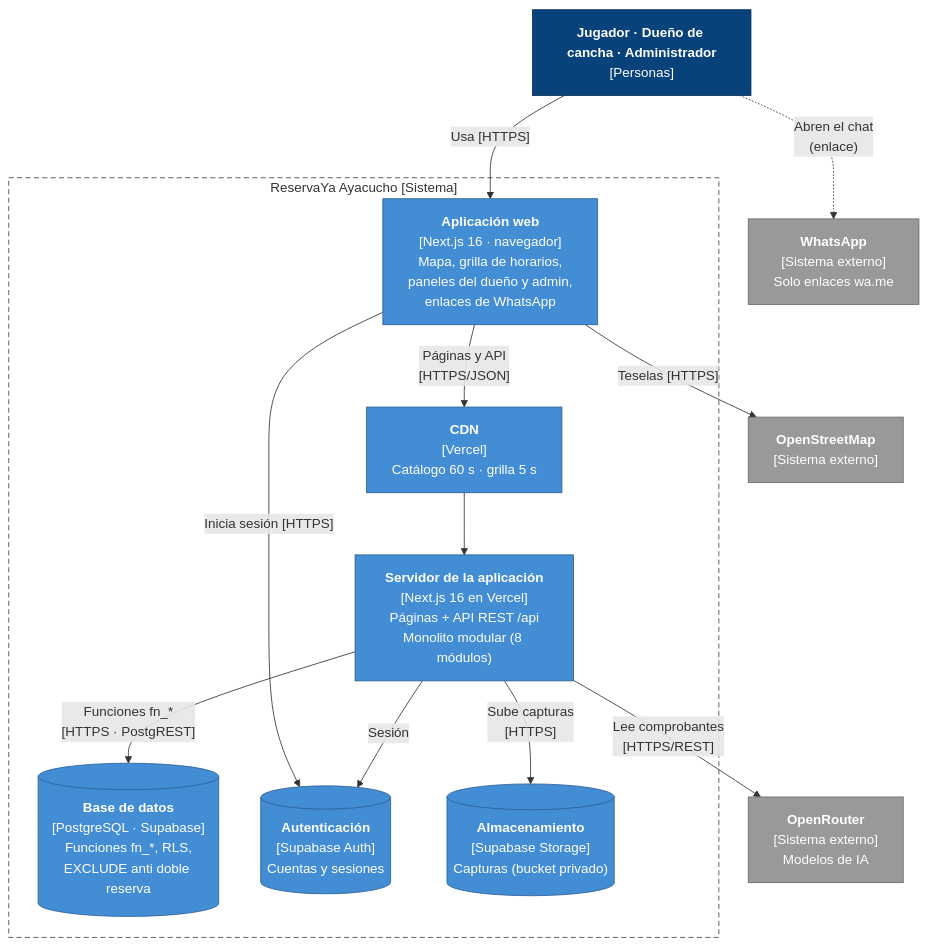
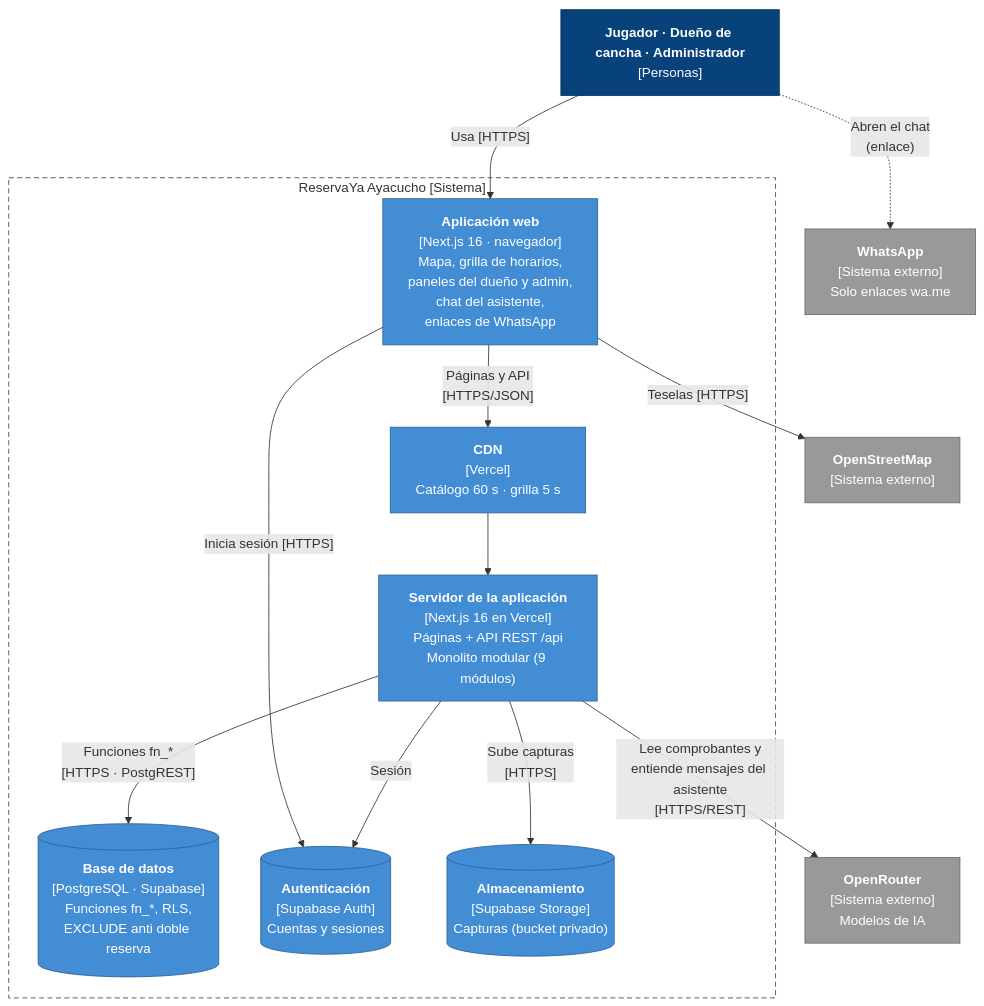
One commit to edhtsprado27-bit/ReservaYa-Ayacucho changed the diagram in img/fuentes-svg/nivel2-contenedores.mmd. Above: the diagram before and after it, drawn with Mermaid. The commit also changed 33 other files, not shown here.

Commit message:
docs: spec 013, ADR-015 y documentos y diagramas actualizados con el asistente

```diff
--- a/img/fuentes-svg/nivel2-contenedores.mmd
+++ b/img/fuentes-svg/nivel2-contenedores.mmd
@@ -1,34 +1,34 @@
 flowchart TB
     usuarios["<b>Jugador · Dueño de cancha · Administrador</b><br/>[Personas]"]
 
     subgraph limite["ReservaYa Ayacucho [Sistema]"]
-        web["<b>Aplicación web</b><br/>[Next.js 16 · navegador]<br/>Mapa, grilla de horarios,<br/>paneles del dueño y admin,<br/>enlaces de WhatsApp"]
-        srv["<b>Servidor de la aplicación</b><br/>[Next.js 16 en Vercel]<br/>Páginas + API REST /api<br/>Monolito modular (8 módulos)"]
+        web["<b>Aplicación web</b><br/>[Next.js 16 · navegador]<br/>Mapa, grilla de horarios,<br/>paneles del dueño y admin,<br/>chat del asistente,<br/>enlaces de WhatsApp"]
+        srv["<b>Servidor de la aplicación</b><br/>[Next.js 16 en Vercel]<br/>Páginas + API REST /api<br/>Monolito modular (9 módulos)"]
         cdn["<b>CDN</b><br/>[Vercel]<br/>Catálogo 60 s · grilla 5 s"]
         bd[("<b>Base de datos</b><br/>[PostgreSQL · Supabase]<br/>Funciones fn_*, RLS,<br/>EXCLUDE anti doble reserva")]
         auth[("<b>Autenticación</b><br/>[Supabase Auth]<br/>Cuentas y sesiones")]
         storage[("<b>Almacenamiento</b><br/>[Supabase Storage]<br/>Capturas (bucket privado)")]
     end
 
     openrouter["<b>OpenRouter</b><br/>[Sistema externo]<br/>Modelos de IA"]
     osm["<b>OpenStreetMap</b><br/>[Sistema externo]"]
     whatsapp["<b>WhatsApp</b><br/>[Sistema externo]<br/>Solo enlaces wa.me"]
 
     usuarios -- "Usa [HTTPS]" --> web
     web -- "Páginas y API<br/>[HTTPS/JSON]" --> cdn
     cdn --> srv
     web -- "Inicia sesión [HTTPS]" --> auth
     web -- "Teselas [HTTPS]" --> osm
     srv -- "Funciones fn_*<br/>[HTTPS · PostgREST]" --> bd
     srv -- "Sesión" --> auth
     srv -- "Sube capturas<br/>[HTTPS]" --> storage
-    srv -- "Lee comprobantes<br/>[HTTPS/REST]" --> openrouter
+    srv -- "Lee comprobantes y<br/>entiende mensajes del asistente<br/>[HTTPS/REST]" --> openrouter
     usuarios -. "Abren el chat<br/>(enlace)" .-> whatsapp
 
     classDef persona fill:#08427b,stroke:#052e56,color:#fff
     classDef contenedor fill:#438dd5,stroke:#2e6295,color:#fff
     classDef externo fill:#999999,stroke:#6b6b6b,color:#fff
     class usuarios persona
     class web,srv,cdn,bd,auth,storage contenedor
     class openrouter,osm,whatsapp externo
     style limite fill:none,stroke:#444,stroke-dasharray:6 4
```
